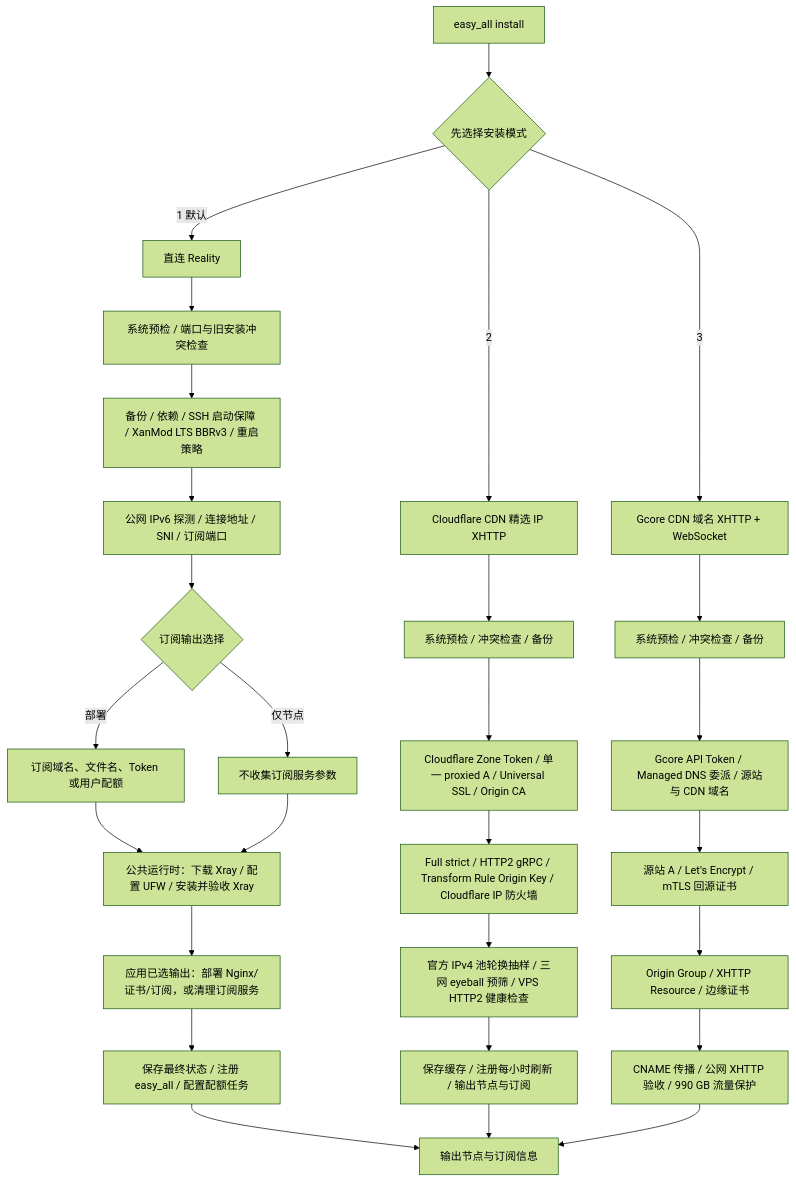
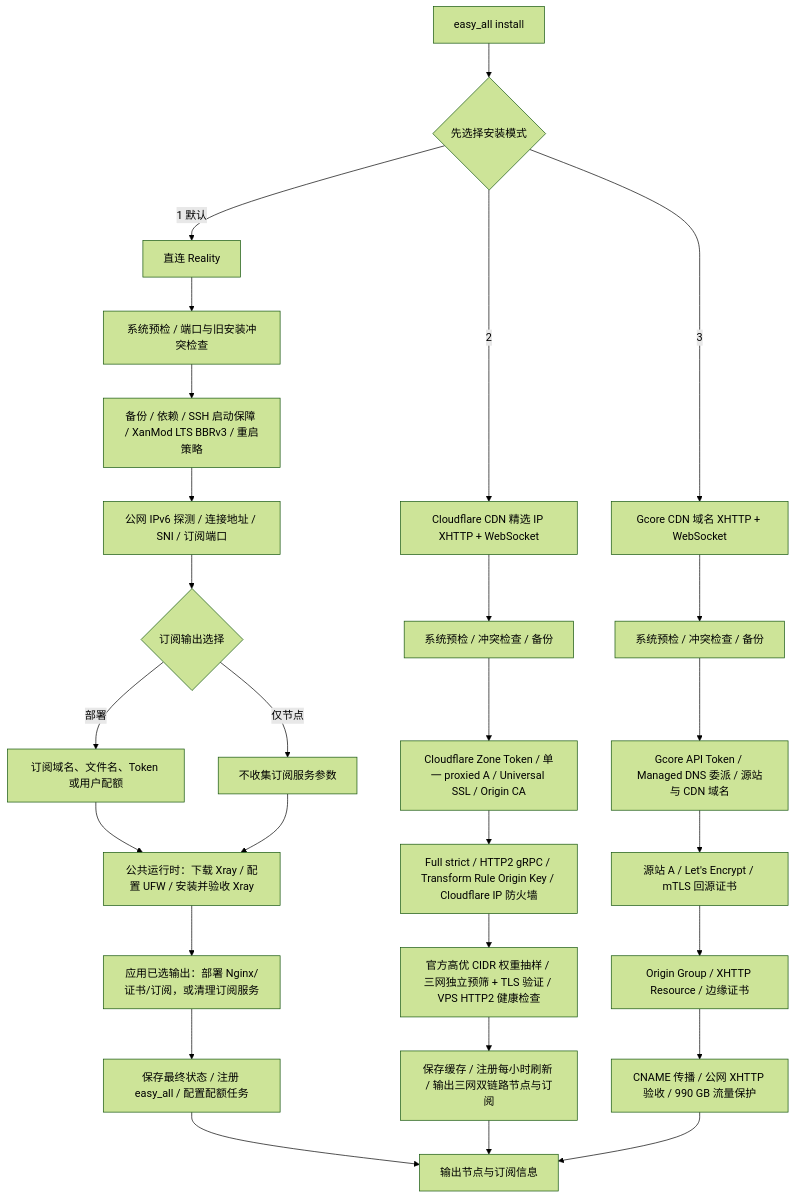
Before and after one commit to v2yiz/easy_all: the diagram in README.md, drawn with Mermaid (forest theme). The commit also changed other lines of this file and 7 other files, not shown here.

````diff
--- a/README.md
+++ b/README.md
@@ -216,34 +216,34 @@
 ```mermaid
 flowchart TD
     A[easy_all install] --> B{先选择安装模式}
 
     B -->|1 默认| R0[直连 Reality]
     R0 --> R1[系统预检 / 端口与旧安装冲突检查]
     R1 --> R2[备份 / 依赖 / SSH 启动保障 / XanMod LTS BBRv3 / 重启策略]
     R2 --> R3[公网 IPv6 探测 / 连接地址 / SNI / 订阅端口]
     R3 --> R4{订阅输出选择}
     R4 -->|部署| R5[订阅域名、文件名、Token 或用户配额]
     R4 -->|仅节点| R6[不收集订阅服务参数]
     R5 --> R7[公共运行时：下载 Xray / 配置 UFW / 安装并验收 Xray]
     R6 --> R7
     R7 --> R8[应用已选输出：部署 Nginx/证书/订阅，或清理订阅服务]
     R8 --> R9[保存最终状态 / 注册 easy_all / 配置配额任务]
     R9 --> Z[输出节点与订阅信息]
 
-    B -->|2| C0[Cloudflare CDN 精选 IP XHTTP]
+    B -->|2| C0[Cloudflare CDN 精选 IP XHTTP + WebSocket]
     C0 --> C1[系统预检 / 冲突检查 / 备份]
     C1 --> C2[Cloudflare Zone Token / 单一 proxied A / Universal SSL / Origin CA]
     C2 --> C3[Full strict / HTTP2 gRPC / Transform Rule Origin Key / Cloudflare IP 防火墙]
-    C3 --> C4[官方 IPv4 池轮换抽样 / 三网 eyeball 预筛 / VPS HTTP2 健康检查]
-    C4 --> C5[保存缓存 / 注册每小时刷新 / 输出节点与订阅]
+    C3 --> C4[官方高优 CIDR 权重抽样 / 三网独立预筛 + TLS 验证 / VPS HTTP2 健康检查]
+    C4 --> C5[保存缓存 / 注册每小时刷新 / 输出三网双链路节点与订阅]
     C5 --> Z
 
     B -->|3| G0[Gcore CDN 域名 XHTTP + WebSocket]
     G0 --> G1[系统预检 / 冲突检查 / 备份]
     G1 --> G2[Gcore API Token / Managed DNS 委派 / 源站与 CDN 域名]
     G2 --> G3[源站 A / Let's Encrypt / mTLS 回源证书]
     G3 --> G4[Origin Group / XHTTP Resource / 边缘证书]
     G4 --> G5[CNAME 传播 / 公网 XHTTP 验收 / 990 GB 流量保护]
     G5 --> Z
 
 ```
````
